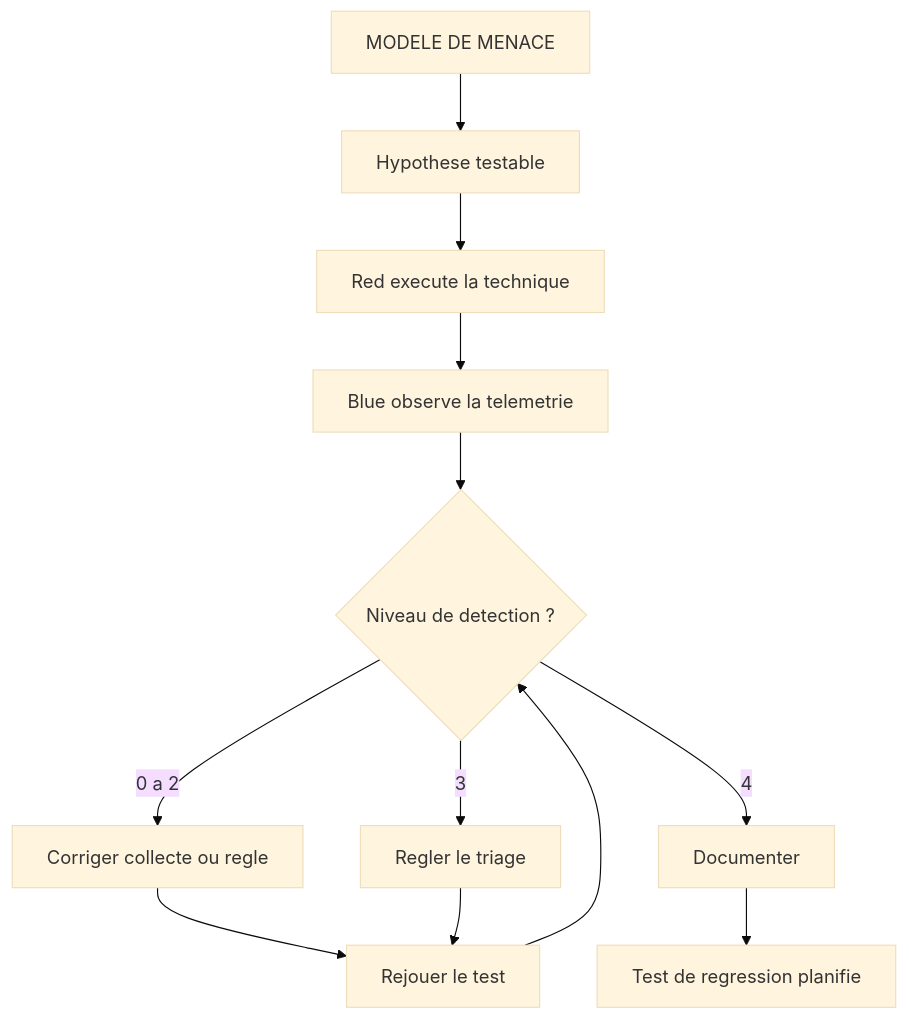
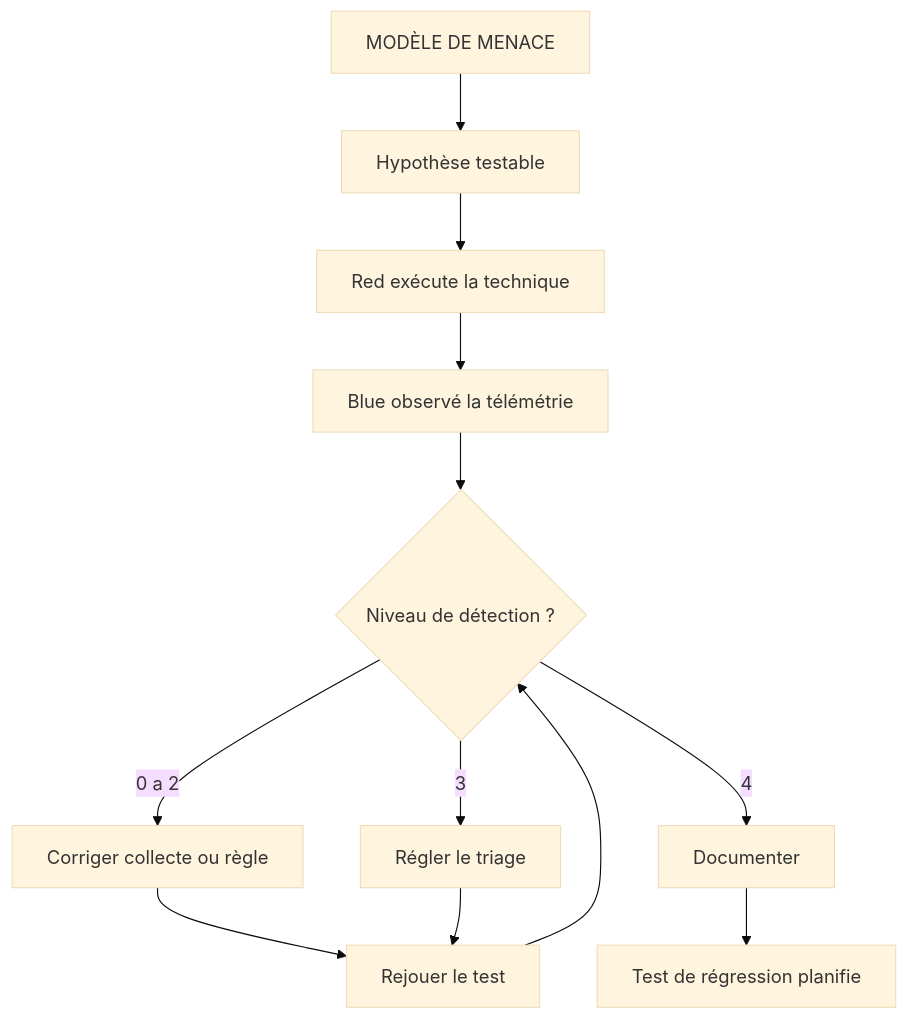
Before and after one commit to Gooseppr/GevOps_LC: the first of 2 diagrams in courses/reseaux-cybersecurite/36_red_blue_purple_team.md, drawn with Mermaid (base theme). The commit also changed other lines of this file and 56 other files, not shown here.

````diff
--- a/courses/reseaux-cybersecurite/36_red_blue_purple_team.md
+++ b/courses/reseaux-cybersecurite/36_red_blue_purple_team.md
@@ -270,14 +270,14 @@
 ```mermaid
 flowchart TD
-  A["MODELE DE MENACE"] --> B["Hypothese testable"]
-  B --> C["Red execute la technique"]
-  C --> D["Blue observe la telemetrie"]
-  D --> E{"Niveau de detection ?"}
-  E -->|"0 a 2"| F["Corriger collecte ou regle"]
-  E -->|"3"| G["Regler le triage"]
+  A["MODÈLE DE MENACE"] --> B["Hypothèse testable"]
+  B --> C["Red exécute la technique"]
+  C --> D["Blue observé la télémétrie"]
+  D --> E{"Niveau de détection ?"}
+  E -->|"0 a 2"| F["Corriger collecte ou règle"]
+  E -->|"3"| G["Régler le triage"]
   E -->|"4"| H["Documenter"]
   F --> I["Rejouer le test"]
   G --> I
   I --> E
-  H --> J["Test de regression planifie"]
+  H --> J["Test de régression planifie"]
 ```
````
